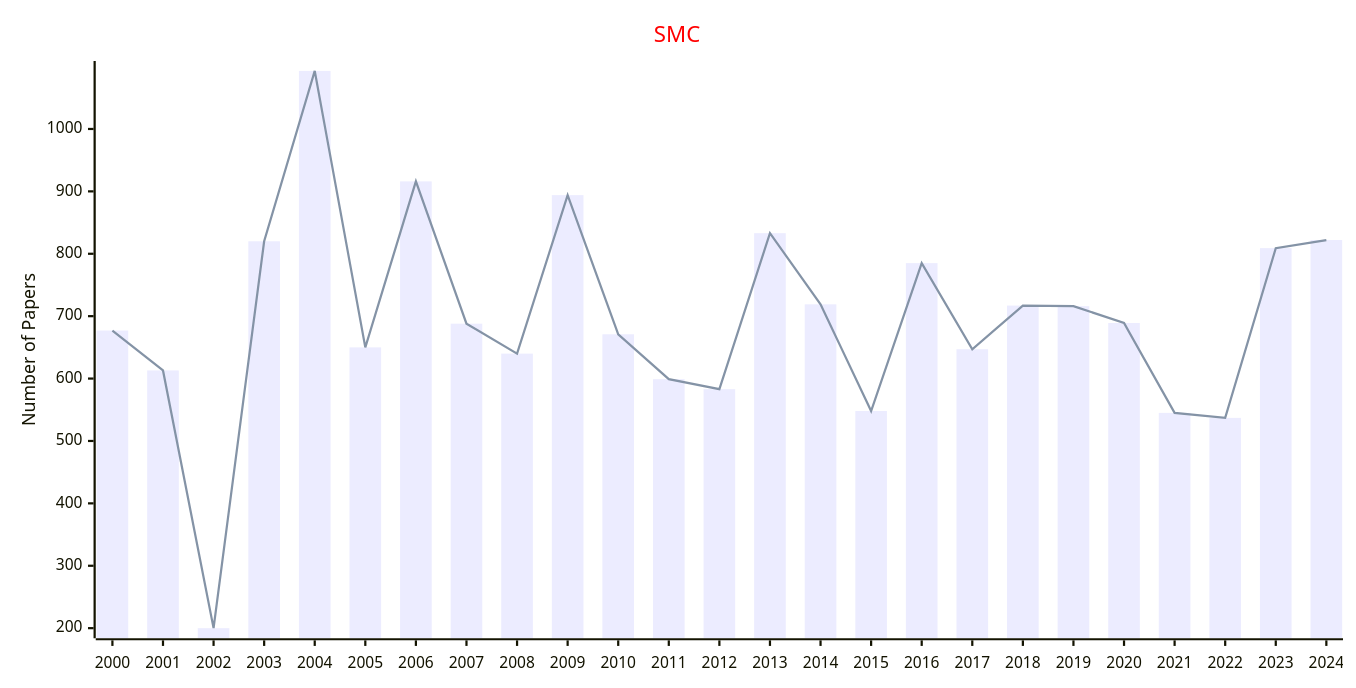
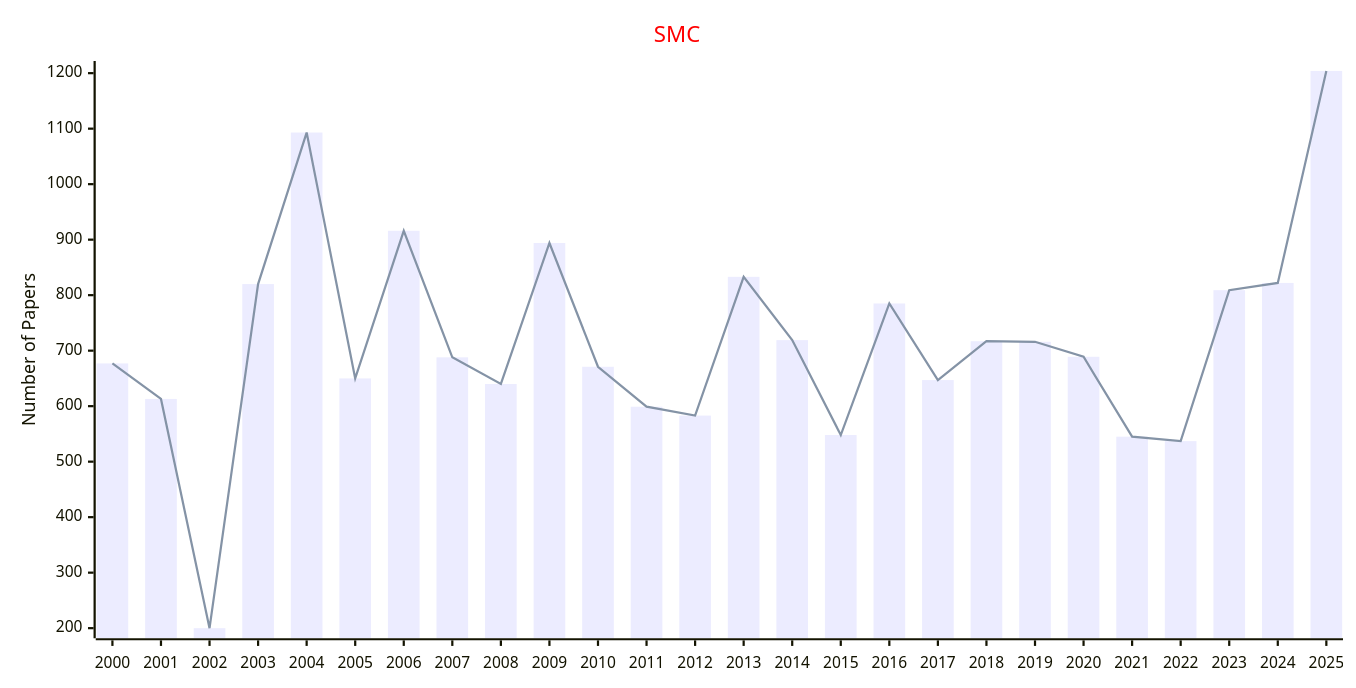
One commit to Easy-PhD/AILinks changed the second of 2 diagrams in docs/data/Conferences/Statistics_Conferences/Computer_Science.md. Above: the diagram before and after it, drawn with Mermaid. The commit also changed other lines of this file and 15 other files, not shown here.

````diff
--- a/docs/data/Conferences/Statistics_Conferences/Computer_Science.md
+++ b/docs/data/Conferences/Statistics_Conferences/Computer_Science.md
@@ -33,17 +33,17 @@
 ```mermaid
 ---
 config:
     xyChart:
         width: 1200
         height: 600
     themeVariables:
         xyChart:
             titleColor: "#ff0000"
 ---
 xychart-beta
     title "SMC"
-    x-axis [2000, 2001, 2002, 2003, 2004, 2005, 2006, 2007, 2008, 2009, 2010, 2011, 2012, 2013, 2014, 2015, 2016, 2017, 2018, 2019, 2020, 2021, 2022, 2023, 2024]
+    x-axis [2000, 2001, 2002, 2003, 2004, 2005, 2006, 2007, 2008, 2009, 2010, 2011, 2012, 2013, 2014, 2015, 2016, 2017, 2018, 2019, 2020, 2021, 2022, 2023, 2024, 2025]
     y-axis "Number of Papers"
-    bar [677, 613, 200, 820, 1093, 650, 916, 688, 640, 894, 671, 599, 583, 833, 719, 548, 785, 647, 717, 716, 689, 545, 537, 809, 822]
-    line [677, 613, 200, 820, 1093, 650, 916, 688, 640, 894, 671, 599, 583, 833, 719, 548, 785, 647, 717, 716, 689, 545, 537, 809, 822]
+    bar [677, 613, 200, 820, 1093, 650, 916, 688, 640, 894, 671, 599, 583, 833, 719, 548, 785, 647, 717, 716, 689, 545, 537, 809, 822, 1204]
+    line [677, 613, 200, 820, 1093, 650, 916, 688, 640, 894, 671, 599, 583, 833, 719, 548, 785, 647, 717, 716, 689, 545, 537, 809, 822, 1204]
 ```
````
